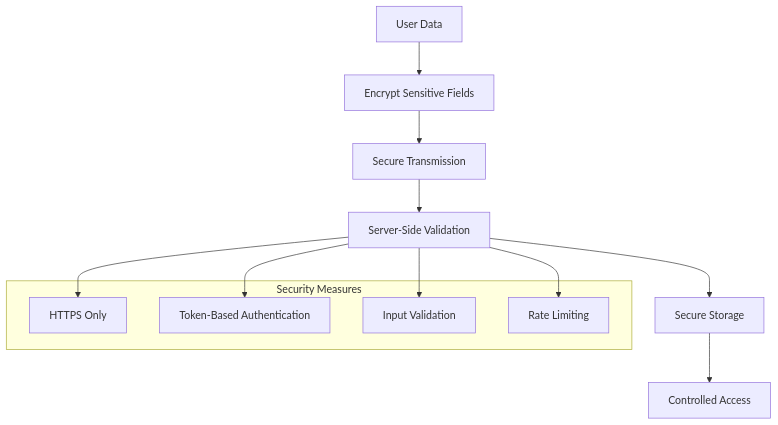
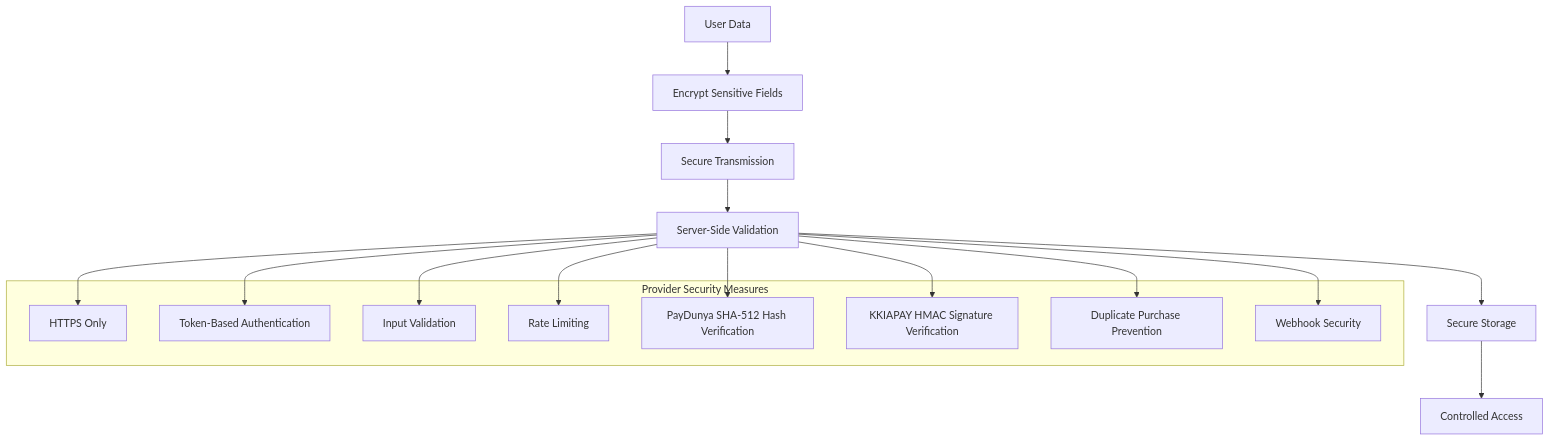
Before and after one commit to alikizang/datafrica: diagram 11 of 12 in .qoder/repowiki/en/content/Payment System/KKIAPAY Integration.md, drawn with Mermaid. The commit also changed other lines of this file and 21 other files, not shown here.

````diff
--- a/.qoder/repowiki/en/content/Payment System/KKIAPAY Integration.md
+++ b/.qoder/repowiki/en/content/Payment System/KKIAPAY Integration.md
@@ -366,18 +583,26 @@
 ```mermaid
 flowchart TD
 UserData[User Data] --> Encrypt[Encrypt Sensitive Fields]
 Encrypt --> Transmit[Secure Transmission]
 Transmit --> Validate[Server-Side Validation]
 Validate --> Store[Secure Storage]
 Store --> Access[Controlled Access]
-subgraph "Security Measures"
+subgraph "Provider Security Measures"
 A[HTTPS Only]
 B[Token-Based Authentication]
 C[Input Validation]
 D[Rate Limiting]
+E[PayDunya SHA-512 Hash Verification]
+F[KKIAPAY HMAC Signature Verification]
+G[Duplicate Purchase Prevention]
+H[Webhook Security]
 end
 Validate --> A
 Validate --> B
 Validate --> C
 Validate --> D
+Validate --> E
+Validate --> F
+Validate --> G
+Validate --> H
 ```
````
